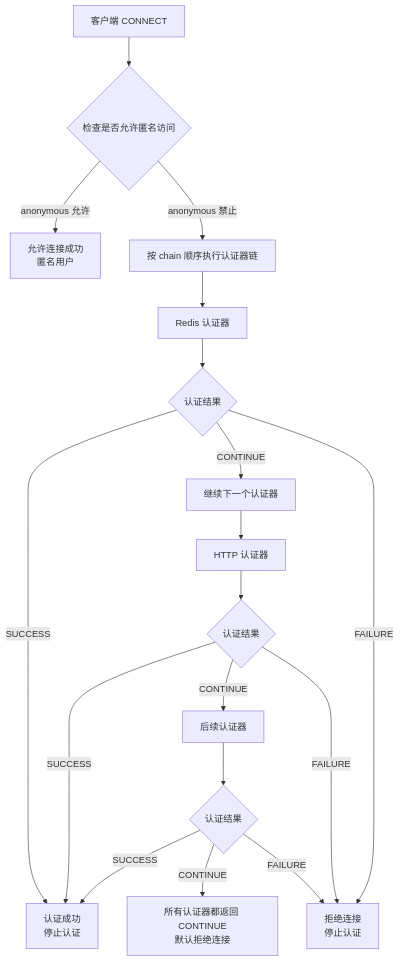
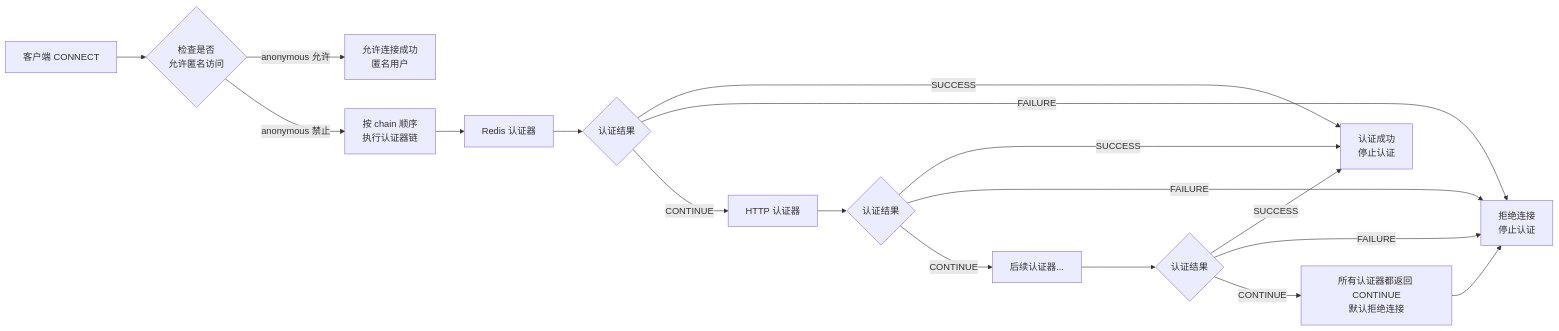
Before and after one commit to smartboot/smart-mqtt: the first of 2 diagrams in plugins/advanced-auth-plugin/src/main/resources/readme.md, drawn with Mermaid.

Commit message:
docs(plugin): 更新认证链流程图文档
- 将流程图方向从TB改为LR
- 调整匿名访问检查节点的换行显示
- 修正认证器链执行节点的换行格式
- 重新整理HTTP认证器后的流程逻辑
- 修复最终拒绝连接节点的指向关系
- 更新流程图结尾的连接关系

````diff
--- a/plugins/advanced-auth-plugin/src/main/resources/readme.md
+++ b/plugins/advanced-auth-plugin/src/main/resources/readme.md
@@ -34,25 +34,26 @@
 ```mermaid
-flowchart TB
-    A[客户端 CONNECT] --> B{检查是否允许匿名访问}
+flowchart LR
+    A[客户端 CONNECT] --> B{检查是否<br/>允许匿名访问}
     B -->|anonymous 允许 | C[允许连接成功<br/>匿名用户]
-    B -->|anonymous 禁止 | D[按 chain 顺序执行认证器链]
+    B -->|anonymous 禁止 | D[按 chain 顺序<br/>执行认证器链]
     
     D --> E[Redis 认证器]
     E --> F{认证结果}
     
     F -->|SUCCESS| G[认证成功<br/>停止认证]
-    F -->|CONTINUE| H[继续下一个认证器]
-    F -->|FAILURE| I[拒绝连接<br/>停止认证]
+    F -->|FAILURE| H[拒绝连接<br/>停止认证]
+    F -->|CONTINUE| I[HTTP 认证器]
     
-    H --> J[HTTP 认证器]
-    J --> K{认证结果}
+    I --> J{认证结果}
     
-    K -->|SUCCESS| G
-    K -->|CONTINUE| L[后续认证器]
-    K -->|FAILURE| I
+    J -->|SUCCESS| G
+    J -->|FAILURE| H
+    J -->|CONTINUE| K[后续认证器...]
     
-    L --> M{认证结果}
-    M -->|SUCCESS| G
-    M -->|CONTINUE| N[所有认证器都返回 CONTINUE<br/>默认拒绝连接]
-    M -->|FAILURE| I
+    K --> L{认证结果}
+    L -->|SUCCESS| G
+    L -->|FAILURE| H
+    L -->|CONTINUE| M[所有认证器都返回 CONTINUE<br/>默认拒绝连接]
+    
+    M --> H
 ```
````
